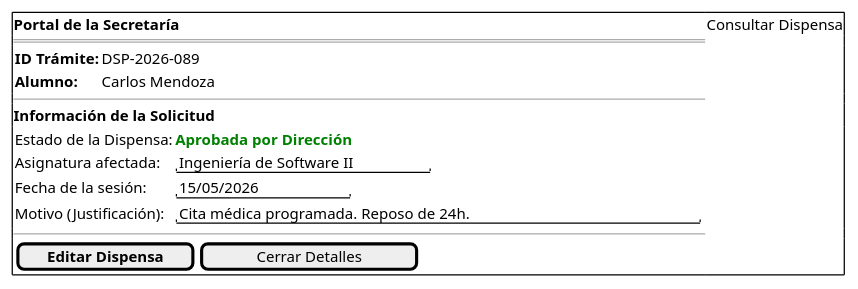
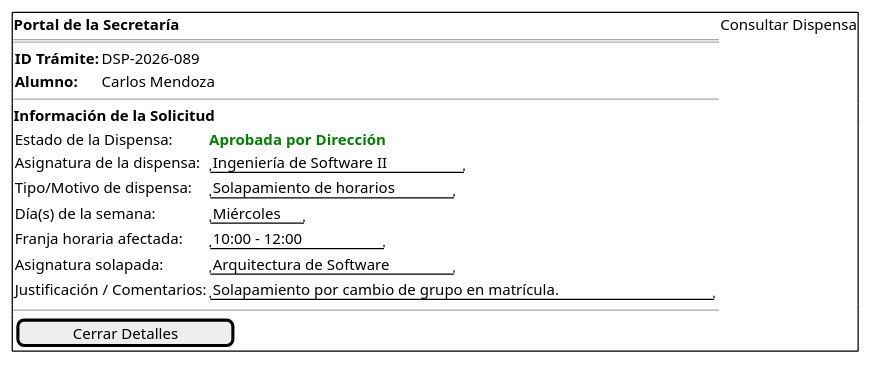
Before and after one commit to enmabry/25-26-IdSw1-SdR: the diagram in documents/CasosDeUso/Prototipos/Secretaria/consultarSolicitudDispensa.puml, drawn with PlantUML. The commit also changed 43 other files, not shown here.

```diff
--- a/documents/CasosDeUso/Prototipos/Secretaria/consultarSolicitudDispensa.puml
+++ b/documents/CasosDeUso/Prototipos/Secretaria/consultarSolicitudDispensa.puml
@@ -1,22 +1,25 @@
 @startsalt
 {+
   <b>Portal de la Secretaría | Consultar Dispensa
   ==
   {
     <b>ID Trámite: | DSP-2026-089
     <b>Alumno: | Carlos Mendoza
   }
   --
   <b>Información de la Solicitud
   {
     Estado de la Dispensa: | <b><color:green>Aprobada por Dirección</color>
-    Asignatura afectada: | "Ingeniería de Software II"
-    Fecha de la sesión:  | "15/05/2026       "
-    Motivo (Justificación): | "Cita médica programada. Reposo de 24h.              "
+    Asignatura de la dispensa: | "Ingeniería de Software II"
+    Tipo/Motivo de dispensa:   | "Solapamiento de horarios"
+    Día(s) de la semana:       | "Miércoles"
+    Franja horaria afectada:   | "10:00 - 12:00    "
+    Asignatura solapada:       | "Arquitectura de Software"
+    Justificación / Comentarios:| "Solapamiento por cambio de grupo en matrícula.    "
   }
   --
   {
-    [ <b>Editar Dispensa</b> ] | [   Cerrar Detalles   ]
+    [   Cerrar Detalles   ]
   }
 }
 @endsalt
```
